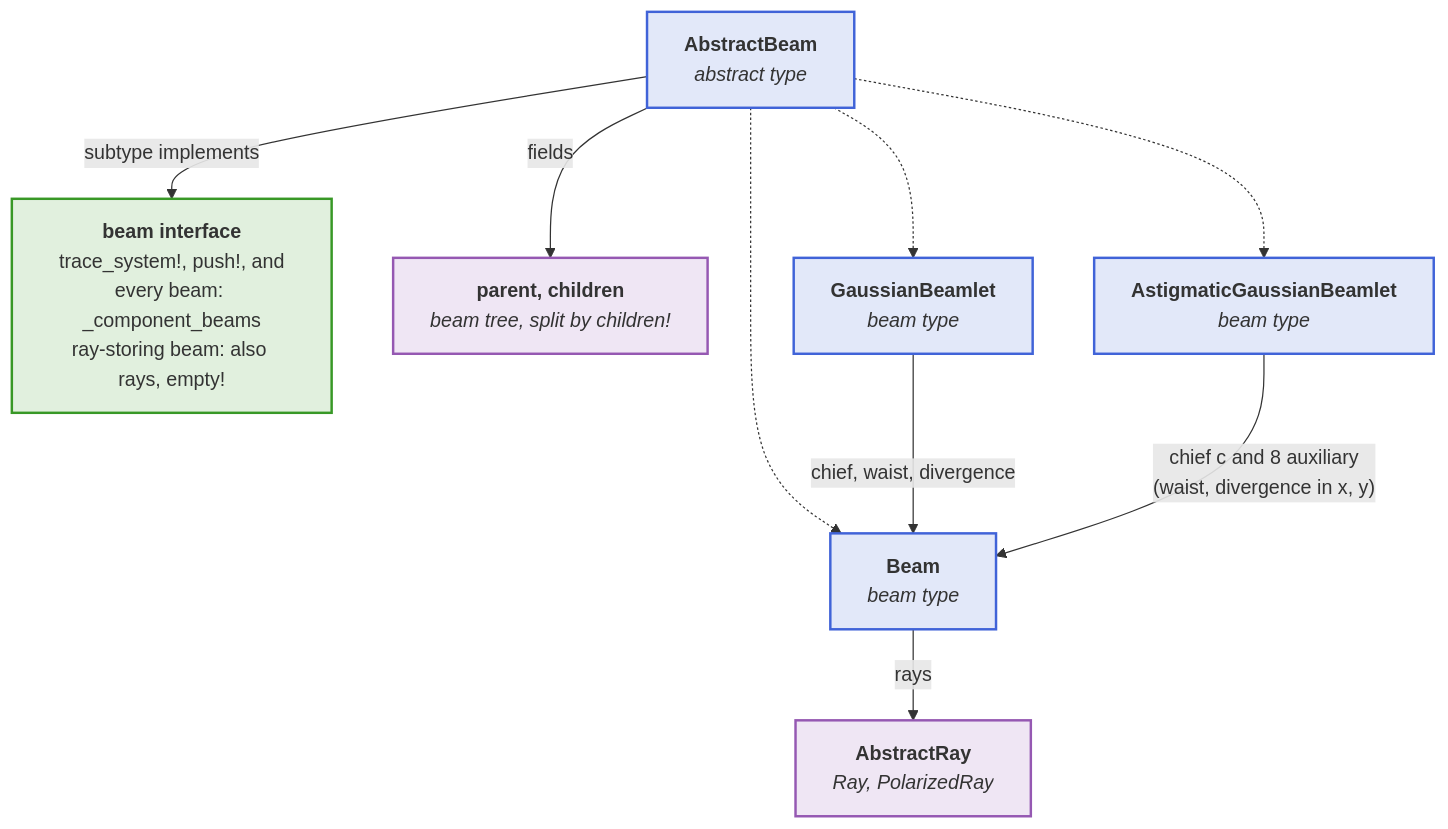
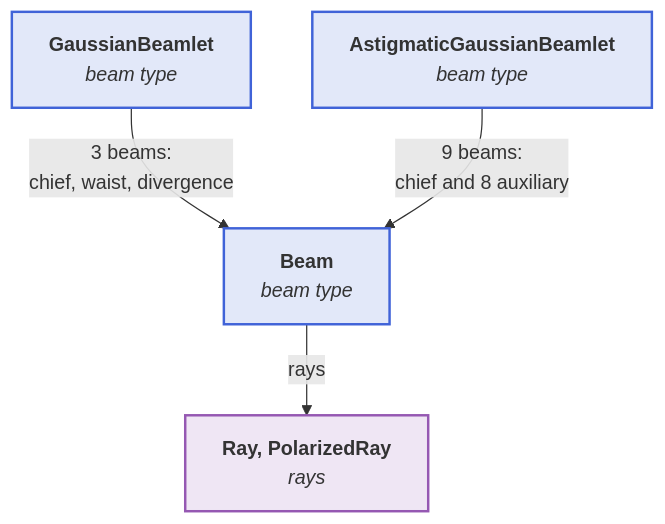
One commit to JuliaPhysics/BeamletOptics.jl changed the diagram in docs/src/basics/beams/overview.md. Above: the diagram before and after it, drawn with Mermaid. The commit also changed other lines of this file and 94 other files, not shown here.

````diff
--- a/docs/src/basics/beams/overview.md
+++ b/docs/src/basics/beams/overview.md
@@ -32,26 +30,16 @@
 ```mermaid
 flowchart TB
-    ABS["<b>AbstractBeam</b><br/><i>abstract type</i>"]
-    IF["<b>beam interface</b><br/>trace_system!, push!, and<br/>every beam: _component_beams<br/>ray-storing beam: also rays, empty!"]
-    TREE["<b>parent, children</b><br/><i>beam tree, split by children!</i>"]
     BM["<b>Beam</b><br/><i>beam type</i>"]
     GB["<b>GaussianBeamlet</b><br/><i>beam type</i>"]
     AGB["<b>AstigmaticGaussianBeamlet</b><br/><i>beam type</i>"]
-    RAY["<b>AbstractRay</b><br/><i>Ray, PolarizedRay</i>"]
+    RAY["<b>Ray, PolarizedRay</b><br/><i>rays</i>"]
 
-    ABS -- "subtype implements" --> IF
-    ABS -- fields --> TREE
-    ABS -.-> BM
-    ABS -.-> GB
-    ABS -.-> AGB
-    GB -- "chief, waist, divergence" --> BM
-    AGB -- "chief c and 8 auxiliary<br/>(waist, divergence in x, y)" --> BM
+    GB -- "3 beams:<br/>chief, waist, divergence" --> BM
+    AGB -- "9 beams:<br/>chief and 8 auxiliary" --> BM
     BM -- rays --> RAY
 
     classDef blue fill:#4063D826,stroke:#4063D8,stroke-width:2px
-    classDef green fill:#38982626,stroke:#389826,stroke-width:2px
     classDef purple fill:#9558B226,stroke:#9558B2,stroke-width:2px
-    class ABS,BM,GB,AGB blue
-    class IF green
-    class TREE,RAY purple
+    class BM,GB,AGB blue
+    class RAY purple
 ```
````
